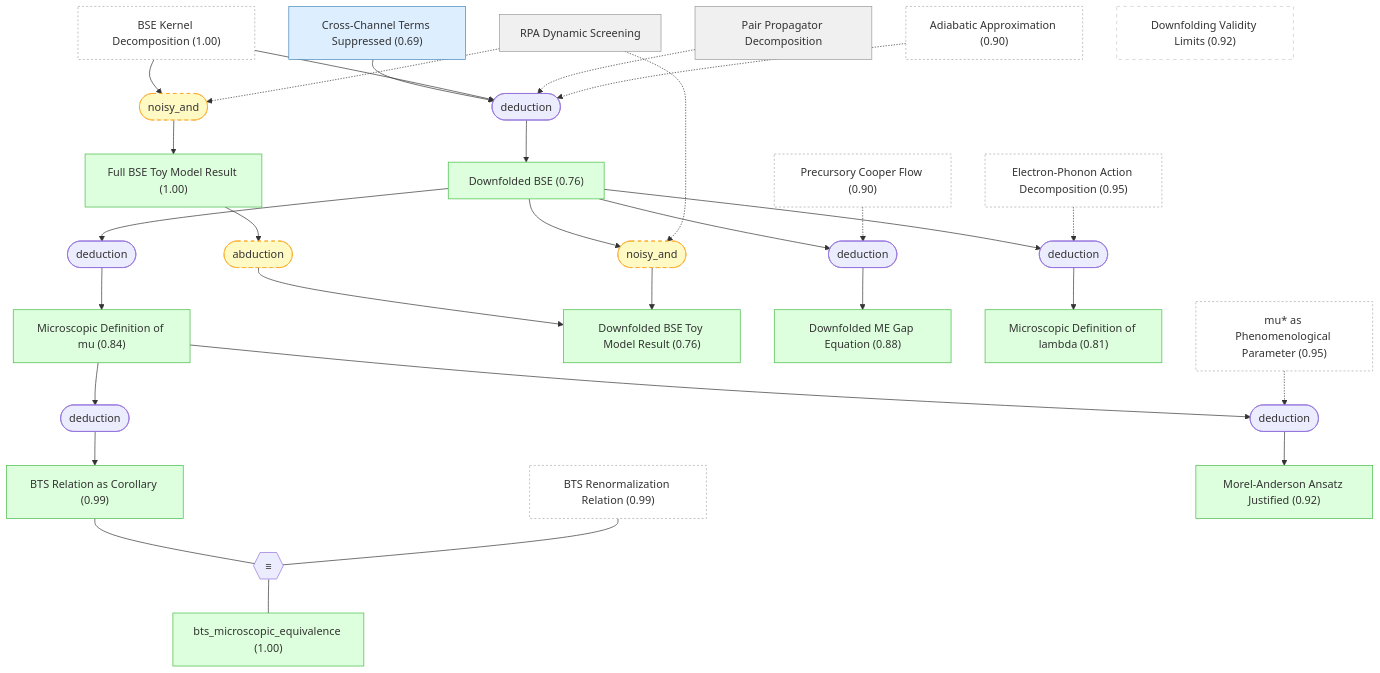
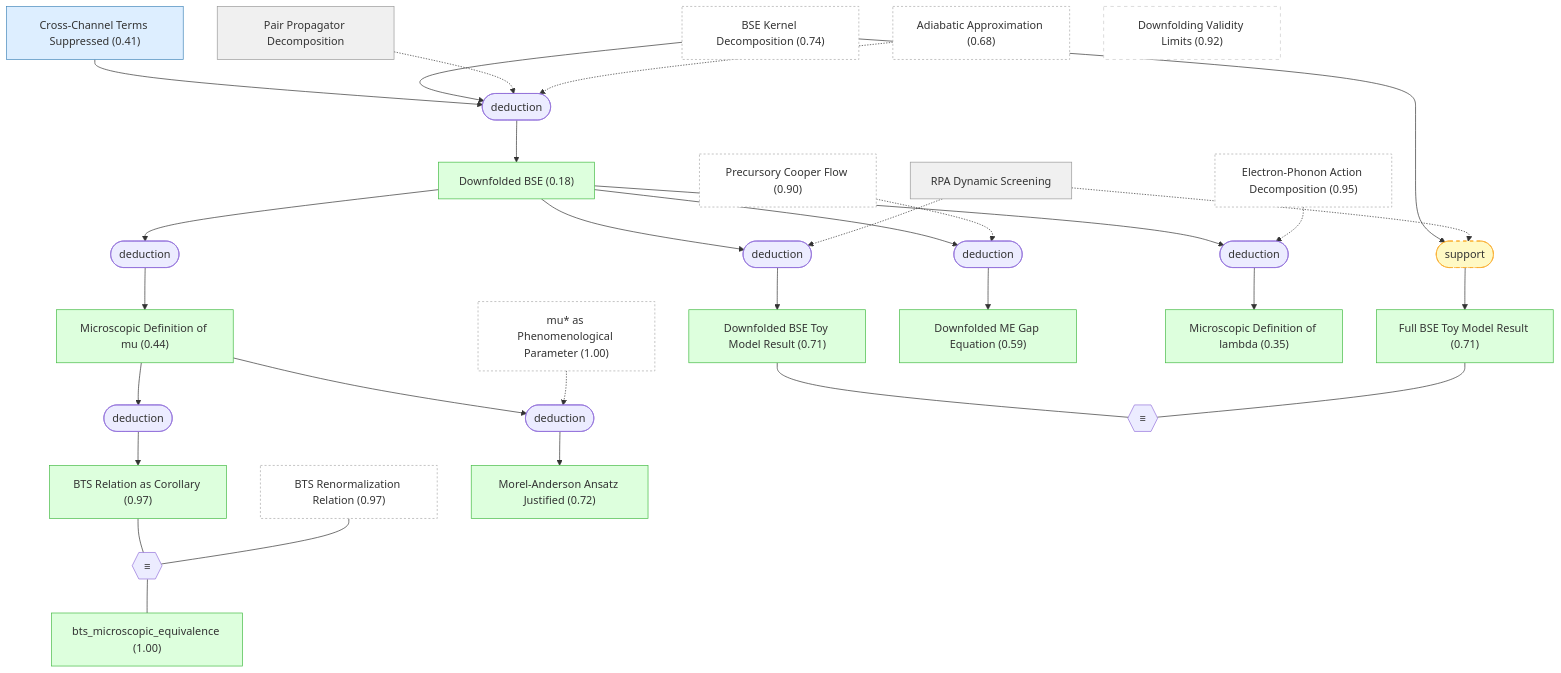
One commit to kunyuan/SuperconductivityElectronLiquids.gaia changed the third of 6 diagrams in docs/detailed-reasoning.md. Above: the diagram before and after it, drawn with Mermaid. The commit also changed other lines of this file and 21 other files, not shown here.

````diff
--- a/docs/detailed-reasoning.md
+++ b/docs/detailed-reasoning.md
@@ -253,71 +277,71 @@
 ```mermaid
 graph TD
-    adiabatic_approx["Adiabatic Approximation (0.90)"]:::external
-    bts_renormalization["BTS Renormalization Relation (0.99)"]:::external
-    mu_star_phenomenological["mu#ast; as Phenomenological Parameter (0.95)"]:::external
+    adiabatic_approx["Adiabatic Approximation (0.68)"]:::external
+    bts_renormalization["BTS Renormalization Relation (0.97)"]:::external
+    mu_star_phenomenological["mu#ast; as Phenomenological Parameter (1.00)"]:::external
     electron_phonon_action["Electron-Phonon Action Decomposition (0.95)"]:::external
-    bse_kernel_decomposition["BSE Kernel Decomposition (1.00)"]:::external
+    bse_kernel_decomposition["BSE Kernel Decomposition (0.74)"]:::external
     precursory_cooper_flow["Precursory Cooper Flow (0.90)"]:::external
     pair_propagator_decomposition["Pair Propagator Decomposition"]:::setting
-    cross_term_suppressed["Cross-Channel Terms Suppressed (0.69)"]:::premise
+    cross_term_suppressed["Cross-Channel Terms Suppressed (0.41)"]:::premise
     rpa_dynamic_screening["RPA Dynamic Screening"]:::setting
-    full_bse_toy_model["Full BSE Toy Model Result (1.00)"]:::derived
-    downfolded_bse_toy_model["Downfolded BSE Toy Model Result (0.76)"]:::derived
+    full_bse_toy_model["Full BSE Toy Model Result (0.71)"]:::derived
+    downfolded_bse_toy_model["Downfolded BSE Toy Model Result (0.71)"]:::derived
     downfolding_validity_limits["Downfolding Validity Limits (0.92)"]:::orphan
-    downfolded_bse["Downfolded BSE (0.76)"]:::derived
-    downfolded_me_equation["Downfolded ME Gap Equation (0.88)"]:::derived
-    lambda_microscopic_definition["Microscopic Definition of lambda (0.81)"]:::derived
-    mu_microscopic_definition["Microscopic Definition of mu (0.84)"]:::derived
-    mu_scale_independence["BTS Relation as Corollary (0.99)"]:::derived
+    downfolded_bse["Downfolded BSE (0.18)"]:::derived
+    downfolded_me_equation["Downfolded ME Gap Equation (0.59)"]:::derived
+    lambda_microscopic_definition["Microscopic Definition of lambda (0.35)"]:::derived
+    mu_microscopic_definition["Microscopic Definition of mu (0.44)"]:::derived
+    mu_scale_independence["BTS Relation as Corollary (0.97)"]:::derived
     bts_microscopic_equivalence["bts_microscopic_equivalence (1.00)"]:::derived
-    ma_pseudopotential_justified["Morel-Anderson Ansatz Justified (0.92)"]:::derived
-    strat_2(["noisy_and"]):::weak
+    ma_pseudopotential_justified["Morel-Anderson Ansatz Justified (0.72)"]:::derived
+    strat_2(["support"]):::weak
     bse_kernel_decomposition --> strat_2
     rpa_dynamic_screening -.-> strat_2
     strat_2 --> full_bse_toy_model
-    strat_3(["abduction"]):::weak
-    full_bse_toy_model --> strat_3
-    strat_3 --> downfolded_bse_toy_model
+    strat_3(["deduction"])
+    cross_term_suppressed --> strat_3
+    bse_kernel_decomposition --> strat_3
+    pair_propagator_decomposition -.-> strat_3
+    adiabatic_approx -.-> strat_3
+    strat_3 --> downfolded_bse
     strat_4(["deduction"])
-    cross_term_suppressed --> strat_4
-    bse_kernel_decomposition --> strat_4
-    pair_propagator_decomposition -.-> strat_4
-    adiabatic_approx -.-> strat_4
-    strat_4 --> downfolded_bse
-    strat_5(["noisy_and"]):::weak
+    downfolded_bse --> strat_4
+    rpa_dynamic_screening -.-> strat_4
+    strat_4 --> downfolded_bse_toy_model
+    strat_5(["deduction"])
     downfolded_bse --> strat_5
-    rpa_dynamic_screening -.-> strat_5
-    strat_5 --> downfolded_bse_toy_model
+    precursory_cooper_flow -.-> strat_5
+    strat_5 --> downfolded_me_equation
     strat_6(["deduction"])
     downfolded_bse --> strat_6
-    precursory_cooper_flow -.-> strat_6
-    strat_6 --> downfolded_me_equation
+    electron_phonon_action -.-> strat_6
+    strat_6 --> lambda_microscopic_definition
     strat_7(["deduction"])
     downfolded_bse --> strat_7
-    electron_phonon_action -.-> strat_7
-    strat_7 --> lambda_microscopic_definition
+    strat_7 --> mu_microscopic_definition
     strat_8(["deduction"])
-    downfolded_bse --> strat_8
-    strat_8 --> mu_microscopic_definition
+    mu_microscopic_definition --> strat_8
+    strat_8 --> mu_scale_independence
     strat_9(["deduction"])
     mu_microscopic_definition --> strat_9
-    strat_9 --> mu_scale_independence
-    strat_10(["deduction"])
-    mu_microscopic_definition --> strat_10
-    mu_star_phenomenological -.-> strat_10
-    strat_10 --> ma_pseudopotential_justified
+    mu_star_phenomenological -.-> strat_9
+    strat_9 --> ma_pseudopotential_justified
     oper_0{{"≡"}}
-    mu_scale_independence --- oper_0
-    bts_renormalization --- oper_0
-    oper_0 --- bts_microscopic_equivalence
+    downfolded_bse_toy_model --- oper_0
+    full_bse_toy_model --- oper_0
+    oper_1{{"≡"}}
+    mu_scale_independence --- oper_1
+    bts_renormalization --- oper_1
+    oper_1 --- bts_microscopic_equivalence
 
     classDef setting fill:#f0f0f0,stroke:#999,color:#333
     classDef premise fill:#ddeeff,stroke:#4488bb,color:#333
     classDef derived fill:#ddffdd,stroke:#44bb44,color:#333
     classDef question fill:#fff3dd,stroke:#cc9944,color:#333
     classDef background fill:#f5f5f5,stroke:#bbb,stroke-dasharray: 5 5,color:#333
     classDef orphan fill:#fff,stroke:#ccc,stroke-dasharray: 5 5,color:#333
     classDef external fill:#fff,stroke:#aaa,stroke-dasharray: 3 3,color:#333
     classDef weak fill:#fff9c4,stroke:#f9a825,stroke-dasharray: 5 5,color:#333
     classDef contra fill:#ffebee,stroke:#c62828,color:#333
 ```
````
